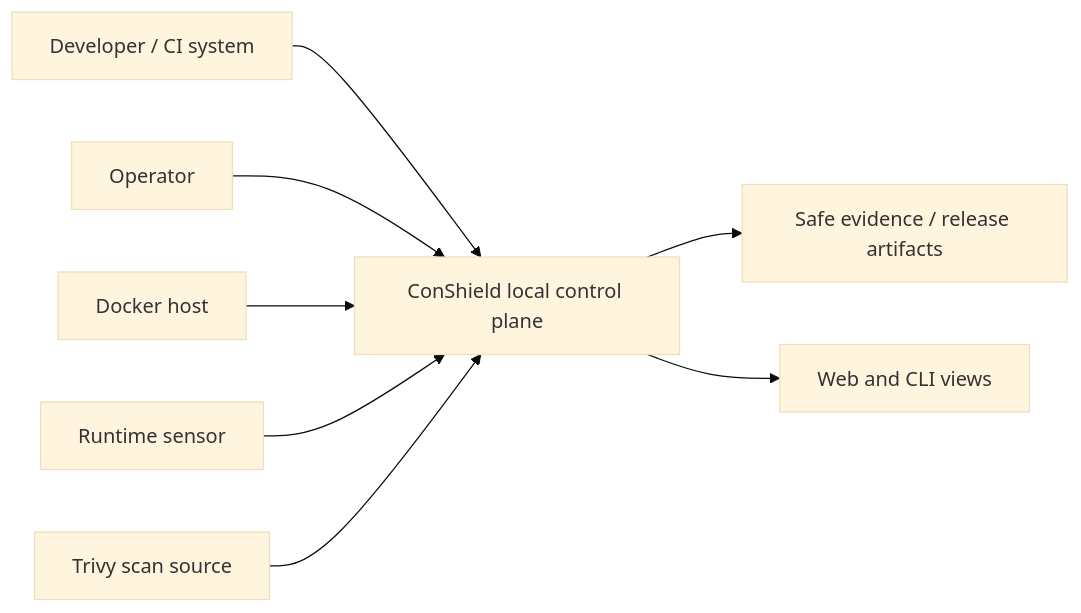
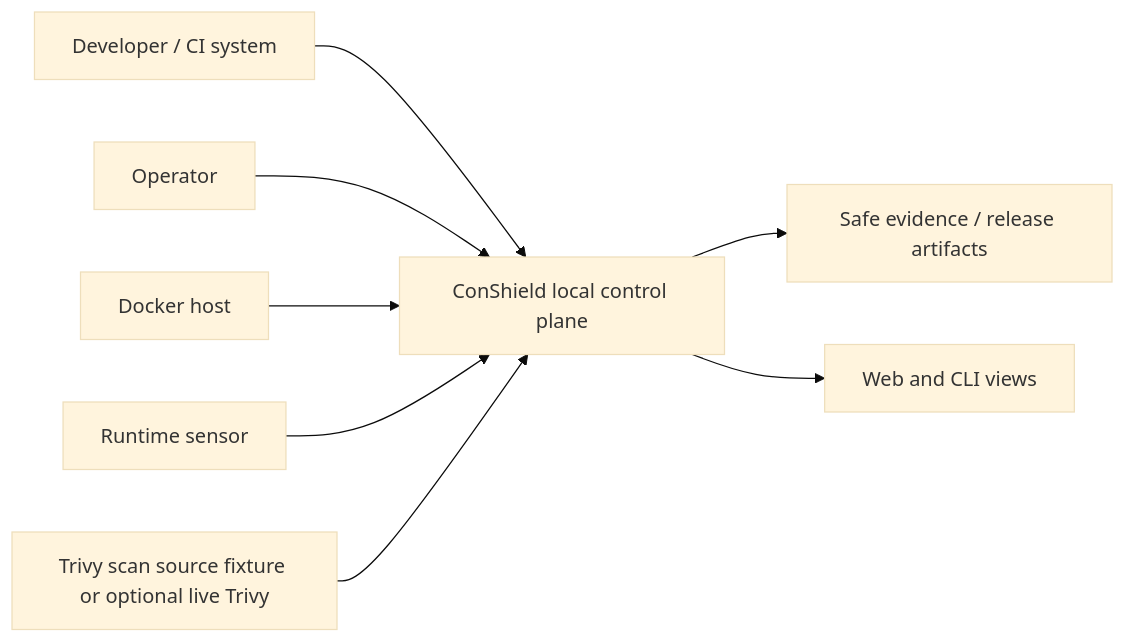
The first of 4 diagrams in docs/DATA_FLOW_MODEL.md (Vieyd/ConShield), drawn with Mermaid (base theme) before and after one commit. The commit also changed other lines of this file and 18 other files, not shown here.

Commit message:
Add live Trivy image scan

````diff
--- a/docs/DATA_FLOW_MODEL.md
+++ b/docs/DATA_FLOW_MODEL.md
@@ -53,10 +53,10 @@
 ```mermaid
 flowchart LR
     CI["Developer / CI system"] --> CS["ConShield local control plane"]
     Operator["Operator"] --> CS
     Docker["Docker host"] --> CS
     Sensor["Runtime sensor"] --> CS
-    Trivy["Trivy scan source"] --> CS
+    Trivy["Trivy scan source fixture or optional live Trivy"] --> CS
     CS --> Evidence["Safe evidence / release artifacts"]
     CS --> Views["Web and CLI views"]
 ```
````
